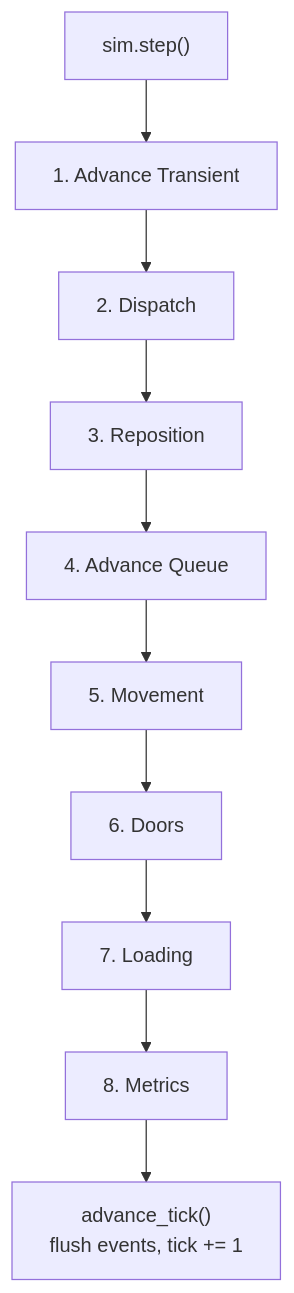
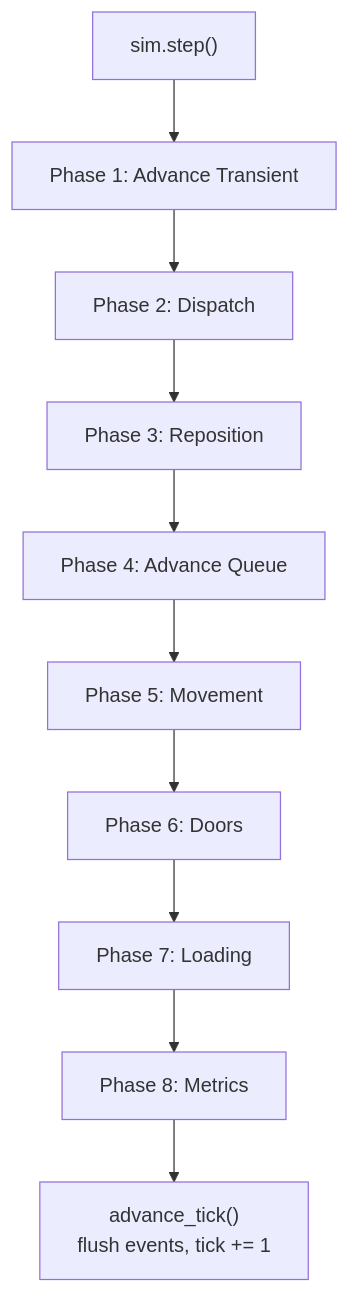
Before and after one commit to andymai/elevator-core: the diagram in docs/src/simulation-loop.md, drawn with Mermaid. The commit also changed 1 other file, not shown here.

First paragraph of the commit message:
fix(docs): un-mangle 8-phase mermaid diagram + lint the regression class (#518)
## Summary

````diff
--- a/docs/src/simulation-loop.md
+++ b/docs/src/simulation-loop.md
@@ -7,13 +7,13 @@
 ```mermaid
 flowchart TD
     STEP["sim.step()"] --> P1
-    P1["1. Advance Transient"] --> P2["2. Dispatch"]
-    P2 --> P3["3. Reposition"]
-    P3 --> P4["4. Advance Queue"]
-    P4 --> P5["5. Movement"]
-    P5 --> P6["6. Doors"]
-    P6 --> P7["7. Loading"]
-    P7 --> P8["8. Metrics"]
+    P1["Phase 1: Advance Transient"] --> P2["Phase 2: Dispatch"]
+    P2 --> P3["Phase 3: Reposition"]
+    P3 --> P4["Phase 4: Advance Queue"]
+    P4 --> P5["Phase 5: Movement"]
+    P5 --> P6["Phase 6: Doors"]
+    P6 --> P7["Phase 7: Loading"]
+    P7 --> P8["Phase 8: Metrics"]
     P8 --> ADV["advance_tick()
 flush events, tick += 1"]
 ```
````
